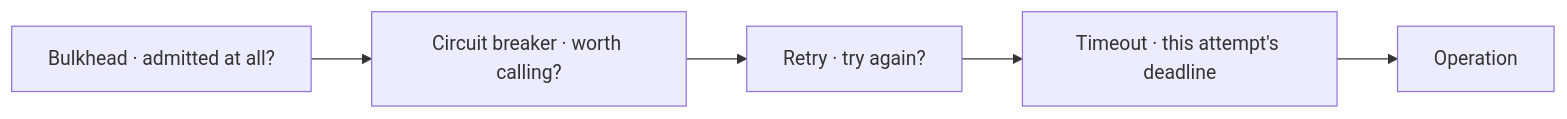
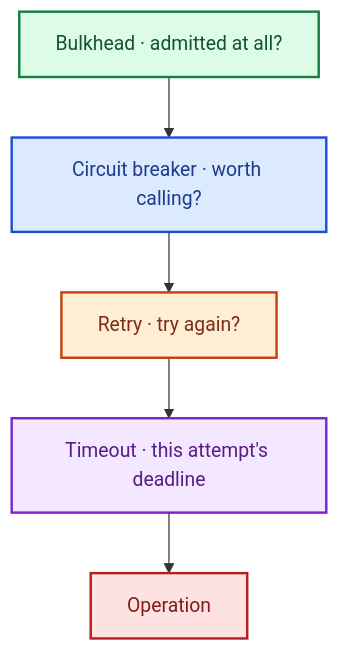
One commit to kk-engineer/robosathi changed the fifth of 5 diagrams in content/en/docs/agentic_ai/system_design_resilience.md. Above: the diagram before and after it, drawn with Mermaid. The commit also changed other lines of this file and 15 other files, not shown here.

First line of the commit message:
perf: Lighter pages and on-demand loading; legible flow diagrams

````diff
--- a/content/en/docs/agentic_ai/system_design_resilience.md
+++ b/content/en/docs/agentic_ai/system_design_resilience.md
@@ -237,4 +247,15 @@
 ```mermaid
-graph LR
+graph TD
     B["Bulkhead · admitted at all?"] --> CB["Circuit breaker · worth calling?"] --> R["Retry · try again?"] --> T["Timeout · this attempt's deadline"] --> O[Operation]
+    classDef c1 fill:#dcfce7,stroke:#15803d,stroke-width:2px,color:#14532d
+    classDef c2 fill:#dbeafe,stroke:#1d4ed8,stroke-width:2px,color:#1e3a8a
+    classDef c3 fill:#ffedd5,stroke:#c2410c,stroke-width:2px,color:#7c2d12
+    classDef c4 fill:#f3e8ff,stroke:#7e22ce,stroke-width:2px,color:#581c87
+    classDef c5 fill:#fee2e2,stroke:#b91c1c,stroke-width:2px,color:#7f1d1d
+    classDef c6 fill:#ccfbf1,stroke:#0f766e,stroke-width:2px,color:#134e4a
+    class B c1
+    class CB c2
+    class R c3
+    class T c4
+    class O c5
 ```
````
